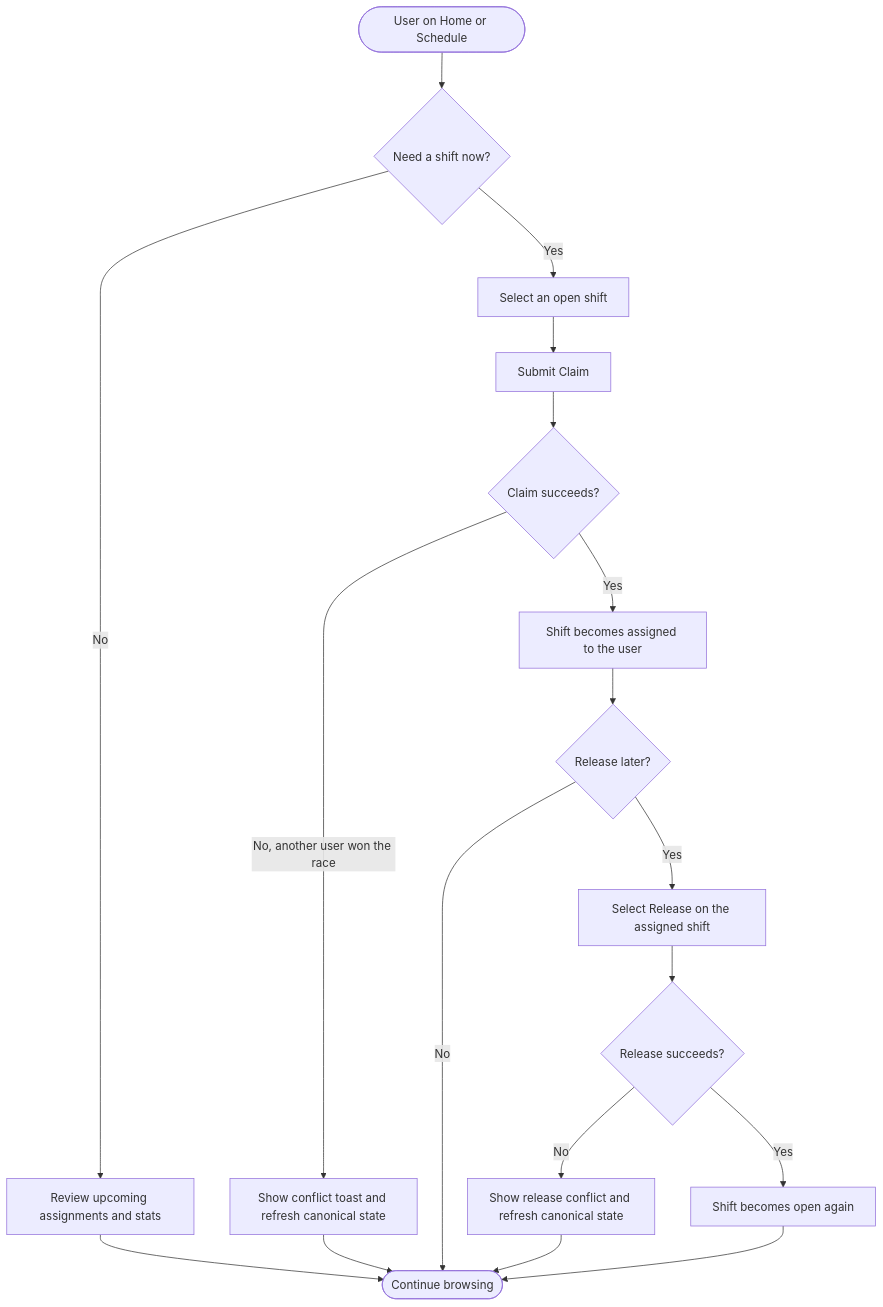
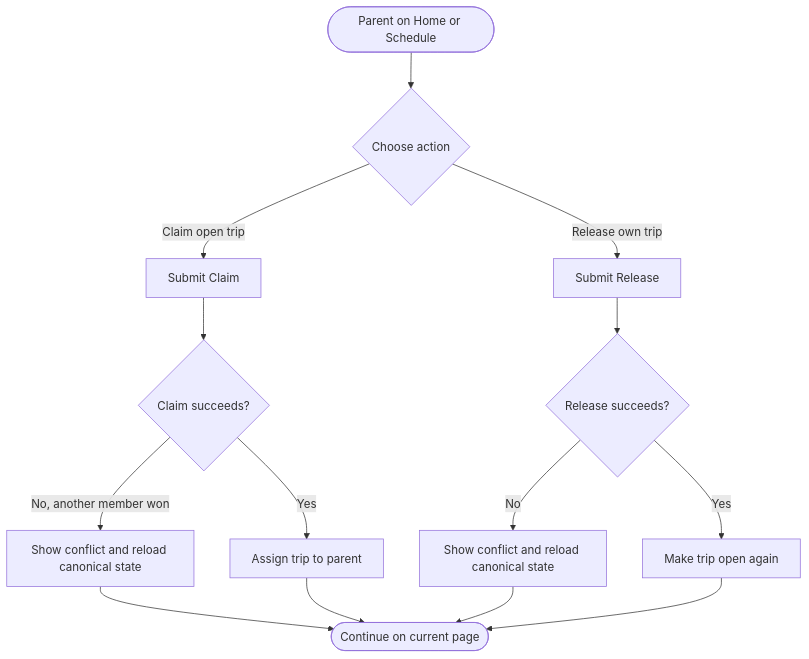
Before and after one commit to kazes5/soccer: diagram 18 of 21 in docs/flow-charts.md, drawn with Mermaid. The commit also changed other lines of this file and 1 other file, not shown here.

Commit message:
Split admin and parent flows and refine Hebrew copy

````diff
--- a/docs/flow-charts.md
+++ b/docs/flow-charts.md
@@ -111,20 +339,16 @@
 ```mermaid
 flowchart TD
-    A([User on Home or Schedule]) --> B{Need a shift now?}
-    B -->|No| C[Review upcoming assignments and stats]
-    C --> D([Continue browsing])
-    B -->|Yes| E[Select an open shift]
-    E --> F[Submit Claim]
-    F --> G{Claim succeeds?}
-    G -->|No, another user won the race| H[Show conflict toast and refresh canonical state]
-    H --> D
-    G -->|Yes| I[Shift becomes assigned to the user]
-    I --> J{Release later?}
-    J -->|No| D
-    J -->|Yes| K[Select Release on the assigned shift]
-    K --> L{Release succeeds?}
-    L -->|No| M[Show release conflict and refresh canonical state]
-    M --> D
-    L -->|Yes| N[Shift becomes open again]
-    N --> D
+    A([Parent on Home or Schedule]) --> B{Choose action}
+    B -->|Claim open trip| C[Submit Claim]
+    C --> D{Claim succeeds?}
+    D -->|No, another member won| E[Show conflict and reload canonical state]
+    D -->|Yes| F[Assign trip to parent]
+    B -->|Release own trip| G[Submit Release]
+    G --> H{Release succeeds?}
+    H -->|No| I[Show conflict and reload canonical state]
+    H -->|Yes| J[Make trip open again]
+    E --> K([Continue on current page])
+    F --> K
+    I --> K
+    J --> K
 ```
````
